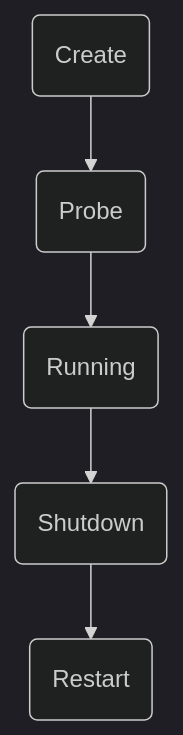
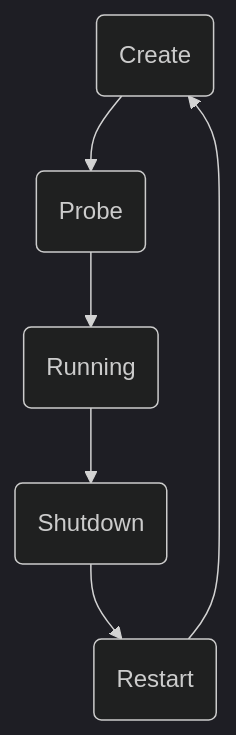
Before and after one commit to zyt312074545/zyt312074545.github.io: the diagram in _posts/2019-02-18-Kubernetes-1.md, drawn with Mermaid (dark theme).

Commit message:
upate graph

````diff
--- a/_posts/2019-02-18-Kubernetes-1.md
+++ b/_posts/2019-02-18-Kubernetes-1.md
@@ -64,7 +64,8 @@
 ```mermaid
     graph TD;
         A(Create) --> B(Probe);
         B(Probe) --> C(Running);
         C(Running) --> D(Shutdown);
         D(Shutdown) --> E(Restart);
+        E(Restart) --> A(Create);
 ```
````
